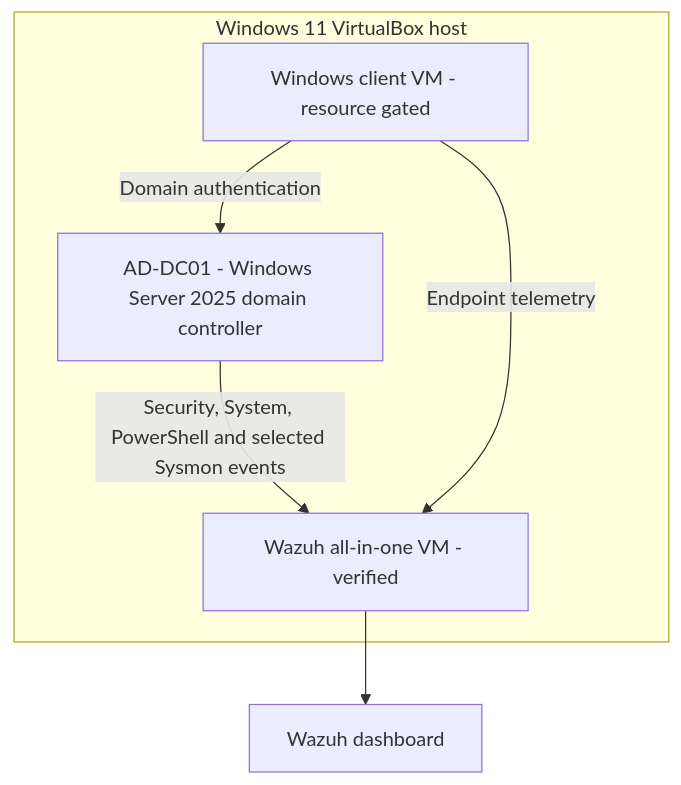
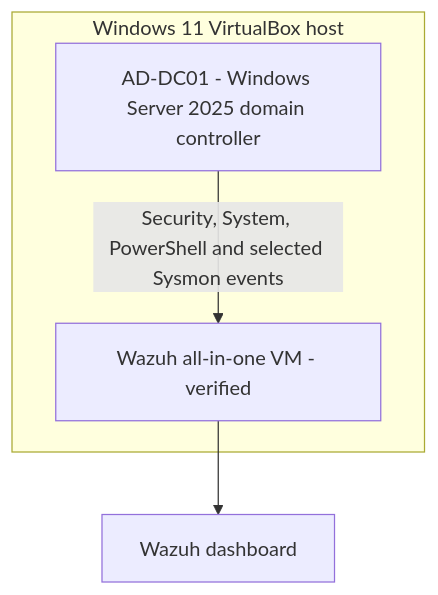
The first of 2 diagrams in docs/architecture.md (Abdullahchoglay/active-directory-detection-lab), drawn with Mermaid before and after one commit. The commit also changed other lines of this file and 23 other files, not shown here.

````diff
--- a/docs/architecture.md
+++ b/docs/architecture.md
@@ -5,12 +5,9 @@
 ```mermaid
 flowchart TB
     subgraph LabHost["Windows 11 VirtualBox host"]
         W[Wazuh all-in-one VM - verified]
         DC[AD-DC01 - Windows Server 2025 domain controller]
-        C[Windows client VM - resource gated]
-        C -->|Domain authentication| DC
         DC -->|Security, System, PowerShell and selected Sysmon events| W
-        C -->|Endpoint telemetry| W
     end
     W --> WD[Wazuh dashboard]
 ```
````
